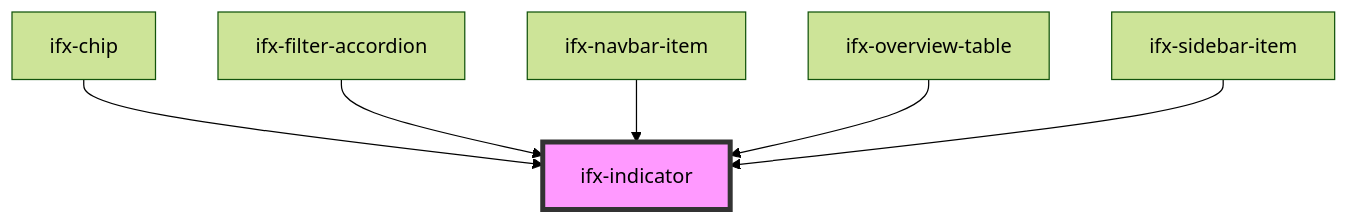
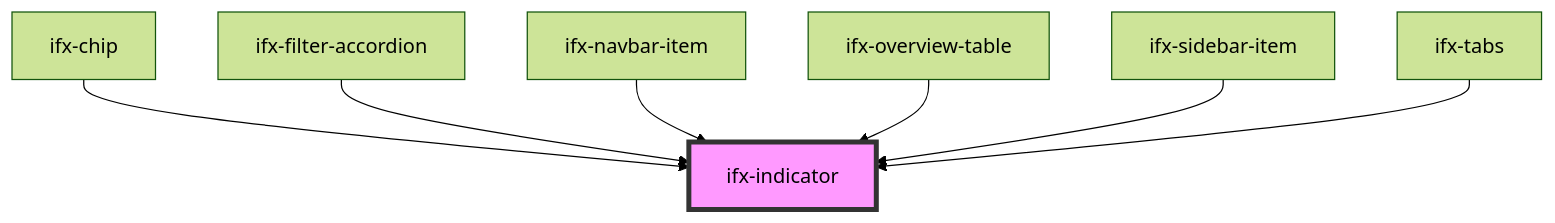
One commit to Infineon/infineon-design-system-stencil changed the diagram in packages/components/src/components/indicator/readme.md. Above: the diagram before and after it, drawn with Mermaid (forest theme). The commit also changed other lines of this file and 23 other files, not shown here.

````diff
--- a/packages/components/src/components/indicator/readme.md
+++ b/packages/components/src/components/indicator/readme.md
@@ -29,9 +31,10 @@
 ```mermaid
 graph TD;
   ifx-chip --> ifx-indicator
   ifx-filter-accordion --> ifx-indicator
   ifx-navbar-item --> ifx-indicator
   ifx-overview-table --> ifx-indicator
   ifx-sidebar-item --> ifx-indicator
+  ifx-tabs --> ifx-indicator
   style ifx-indicator fill:#f9f,stroke:#333,stroke-width:4px
 ```
````
